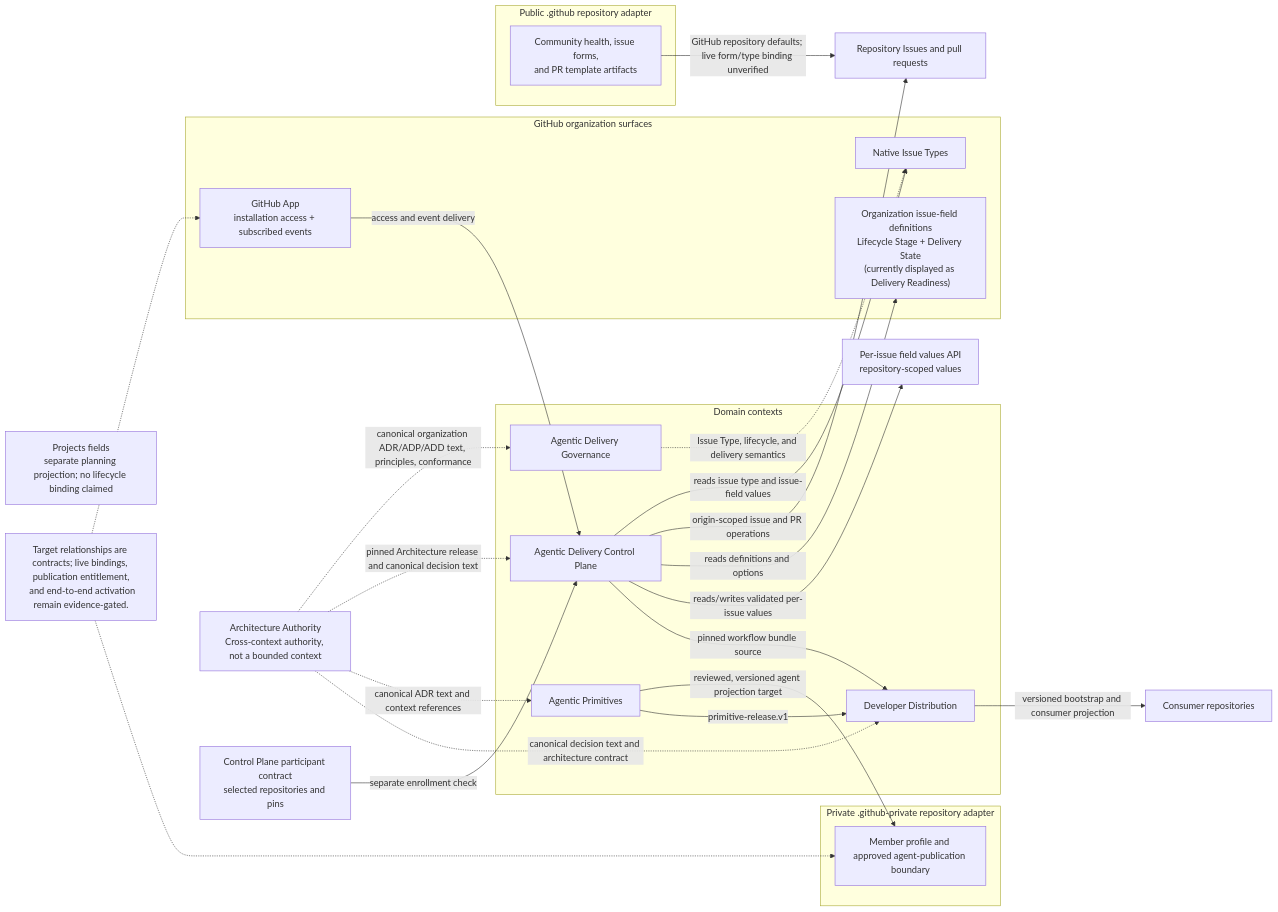
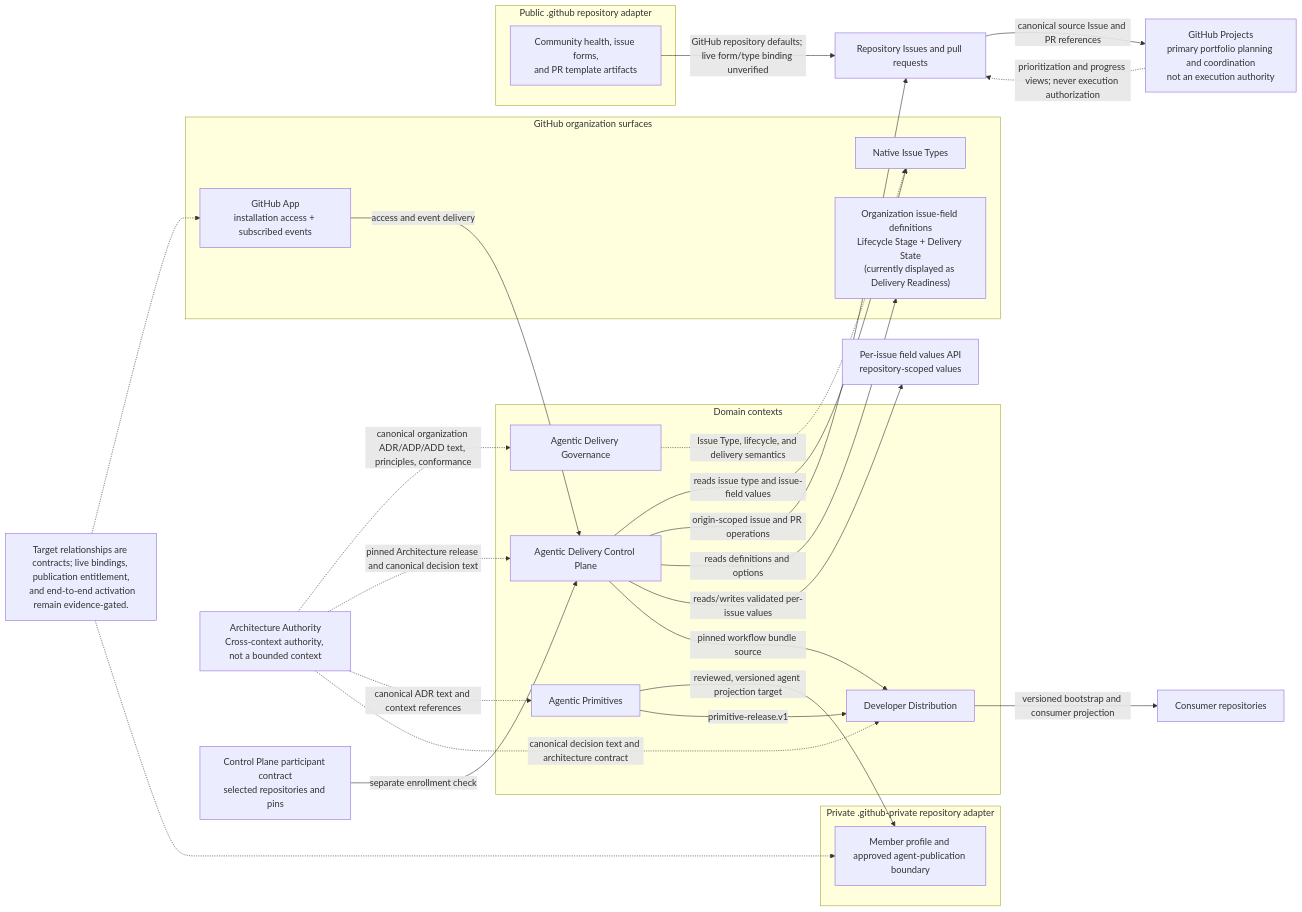
Before and after one commit to agentic-delivery-lab/agentic-delivery-architecture: the diagram in architecture/diagrams/mermaid/context-map.mmd, drawn with Mermaid. The commit also changed 42 other files, not shown here.

Commit message:
docs(architecture): 🎯 add outcome-led strategy blueprint

```diff
--- a/architecture/diagrams/mermaid/context-map.mmd
+++ b/architecture/diagrams/mermaid/context-map.mmd
@@ -1,49 +1,51 @@
 flowchart LR
   subgraph DOMAIN["Domain contexts"]
     GOV["Agentic Delivery Governance"]
     CP["Agentic Delivery Control Plane"]
     PRIM["Agentic Primitives"]
     DIST["Developer Distribution"]
   end
 
   AUTH["Architecture Authority<br/>Cross-context authority, not a bounded context"]
   AUTH -. "canonical organization ADR/ADP/ADD text, principles, conformance" .-> GOV
   AUTH -. "pinned Architecture release and canonical decision text" .-> CP
   AUTH -. "canonical ADR text and context references" .-> PRIM
   AUTH -. "canonical decision text and architecture contract" .-> DIST
 
   subgraph GHORG["GitHub organization surfaces"]
     TYPE["Native Issue Types"]
     DEFINITIONS["Organization issue-field definitions<br/>Lifecycle Stage + Delivery State<br/>(currently displayed as Delivery Readiness)"]
     APP["GitHub App<br/>installation access + subscribed events"]
   end
   WORK["Repository Issues and pull requests"]
   VALUES["Per-issue field values API<br/>repository-scoped values"]
-  PROJECTS["Projects fields<br/>separate planning projection; no lifecycle binding claimed"]
+  PROJECTS["GitHub Projects<br/>primary portfolio planning and coordination<br/>not an execution authority"]
   ENROLL["Control Plane participant contract<br/>selected repositories and pins"]
   APP -->|"access and event delivery"| CP
   ENROLL -->|"separate enrollment check"| CP
   CP -->|"reads issue type and issue-field values"| TYPE
   CP -->|"origin-scoped issue and PR operations"| WORK
   CP -->|"reads definitions and options"| DEFINITIONS
   CP -->|"reads/writes validated per-issue values"| VALUES
   GOV -. "Issue Type, lifecycle, and delivery semantics" .-> TYPE
+  WORK -->|"canonical source Issue and PR references"| PROJECTS
+  PROJECTS -. "prioritization and progress views; never execution authorization" .-> WORK
 
   subgraph PUBLIC["Public .github repository adapter"]
     FORMS["Community health, issue forms,<br/>and PR template artifacts"]
   end
   FORMS -->|"GitHub repository defaults; live form/type binding unverified"| WORK
 
   subgraph PRIVATE["Private .github-private repository adapter"]
     PROFILE["Member profile and approved agent-publication boundary"]
   end
   PRIM -->|"reviewed, versioned agent projection target"| PROFILE
 
   PRIM -->|"primitive-release.v1"| DIST
   CP -->|"pinned workflow bundle source"| DIST
   DIST -->|"versioned bootstrap and consumer projection"| CONSUMER["Consumer repositories"]
 
   NOTE["Target relationships are contracts; live bindings, publication entitlement,
   and end-to-end activation remain evidence-gated."]
   NOTE -.-> APP
   NOTE -.-> PROFILE
```
